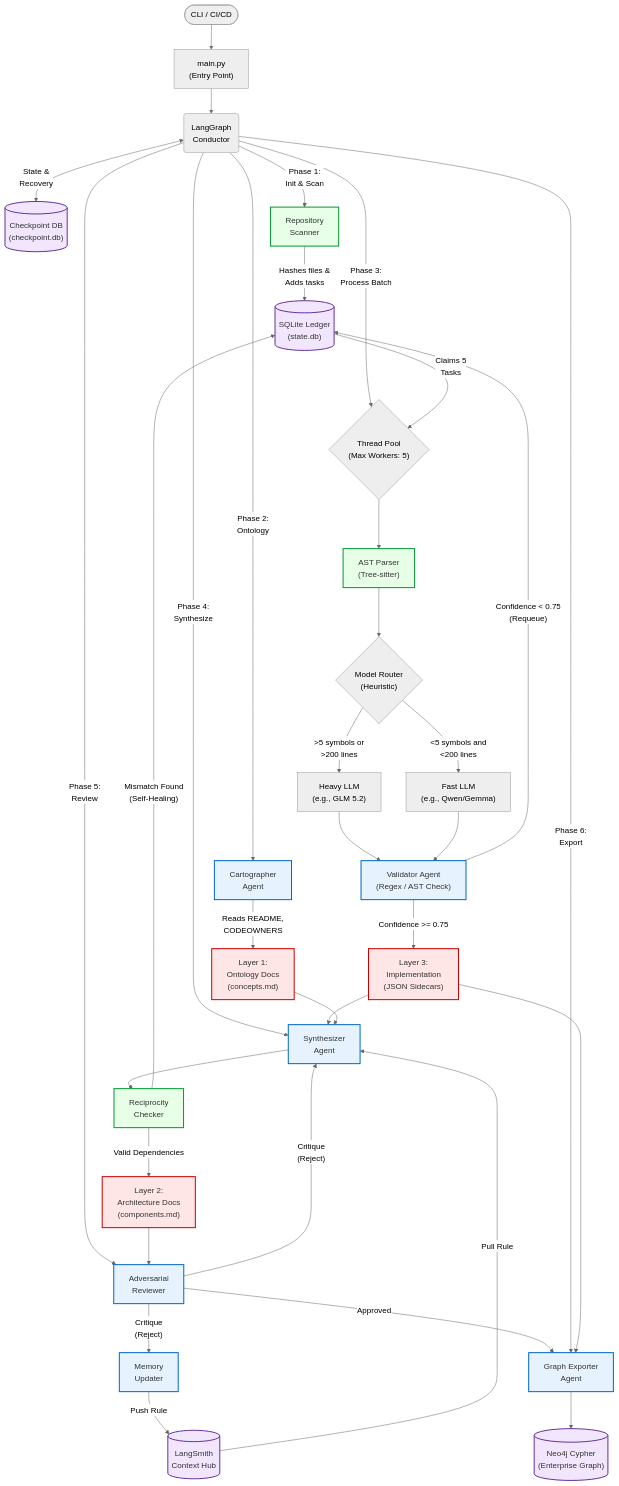
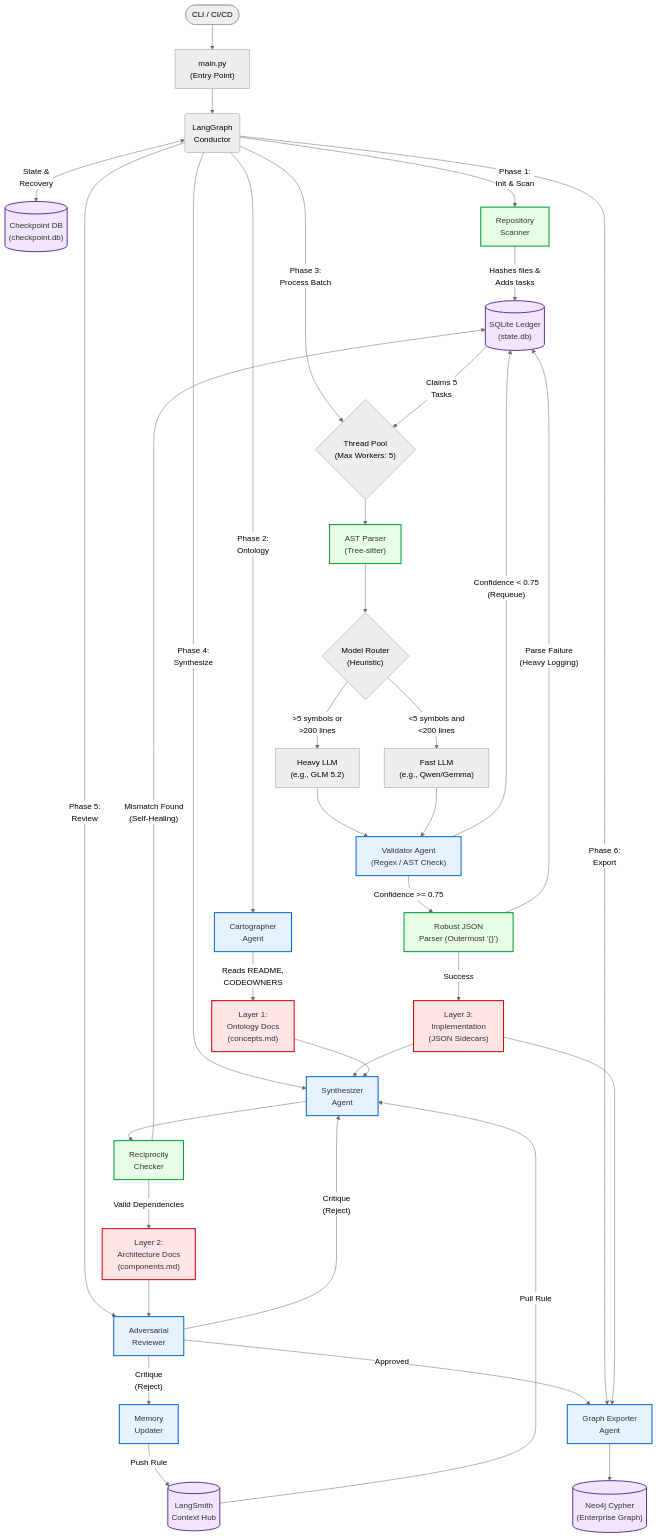
One commit to prashantr00082/droa changed the diagram in ARCHITECTURE_DIAGRAM.md. Above: the diagram before and after it, drawn with Mermaid (neutral theme). The commit also changed 1 other file, not shown here.

Commit message:
docs: Update architecture docs with robust parsing and adaptive logging

````diff
--- a/ARCHITECTURE_DIAGRAM.md
+++ b/ARCHITECTURE_DIAGRAM.md
@@ -5,65 +5,67 @@
 ```mermaid
 flowchart TD
     %% Styling
     classDef database fill:#f2e6ff,stroke:#663399,stroke-width:2px,color:#333;
     classDef agent fill:#e6f3ff,stroke:#0066cc,stroke-width:2px,color:#333;
     classDef process fill:#e6ffe6,stroke:#009933,stroke-width:2px,color:#333;
     classDef output fill:#ffe6e6,stroke:#cc0000,stroke-width:2px,color:#333;
 
     %% Entry point
     Start(["CLI / CI/CD"]) --> Main["main.py<br/>(Entry Point)"]
     Main --> Conductor("LangGraph<br/>Conductor")
     
     %% Databases
     StateDB[("SQLite Ledger<br/>(state.db)")]:::database
     CheckpointDB[("Checkpoint DB<br/>(checkpoint.db)")]:::database
     
     Conductor <-->|"State &<br/>Recovery"| CheckpointDB
     Conductor -->|"Phase 1:<br/>Init & Scan"| Scanner["Repository<br/>Scanner"]:::process
     Scanner -->|"Hashes files &<br/>Adds tasks"| StateDB
     
     %% Phase 2
     Conductor -->|"Phase 2:<br/>Ontology"| Cartographer["Cartographer<br/>Agent"]:::agent
     Cartographer -->|"Reads README,<br/>CODEOWNERS"| OntOut["Layer 1:<br/>Ontology Docs<br/>(concepts.md)"]:::output
     
     %% Phase 3 & 4
     Conductor -->|"Phase 3:<br/>Process Batch"| ThreadPool{"Thread Pool<br/>(Max Workers: 5)"}
     StateDB -->|"Claims 5<br/>Tasks"| ThreadPool
     
     ThreadPool --> AstParser["AST Parser<br/>(Tree-sitter)"]:::process
     AstParser --> Router{"Model Router<br/>(Heuristic)"}
     
     Router -->|">5 symbols or<br/>>200 lines"| GLM["Heavy LLM<br/>(e.g., GLM 5.2)"]
     Router -->|"<5 symbols and<br/><200 lines"| Qwen["Fast LLM<br/>(e.g., Qwen/Gemma)"]
     
     GLM --> Validator["Validator Agent<br/>(Regex / AST Check)"]:::agent
     Qwen --> Validator
     
     Validator -->|"Confidence < 0.75<br/>(Requeue)"| StateDB
-    Validator -->|"Confidence >= 0.75"| ModOut["Layer 3:<br/>Implementation<br/>(JSON Sidecars)"]:::output
+    Validator -->|"Confidence >= 0.75"| JsonParser["Robust JSON<br/>Parser (Outermost '{}')"]:::process
+    JsonParser -->|"Parse Failure<br/>(Heavy Logging)"| StateDB
+    JsonParser -->|"Success"| ModOut["Layer 3:<br/>Implementation<br/>(JSON Sidecars)"]:::output
     
     %% Phase 5 & 6
     Conductor -->|"Phase 4:<br/>Synthesize"| Synthesizer["Synthesizer<br/>Agent"]:::agent
     ModOut --> Synthesizer
     OntOut --> Synthesizer
     
     Synthesizer --> Reciprocity["Reciprocity<br/>Checker"]:::process
     Reciprocity -->|"Mismatch Found<br/>(Self-Healing)"| StateDB
     
     Reciprocity -->|"Valid Dependencies"| ArchOut["Layer 2:<br/>Architecture Docs<br/>(components.md)"]:::output
     
     %% Phase 6: Adversarial Review & Continual Learning
     Conductor -->|"Phase 5:<br/>Review"| Reviewer["Adversarial<br/>Reviewer"]:::agent
     ArchOut --> Reviewer
     Reviewer -->|"Critique<br/>(Reject)"| Synthesizer
     Reviewer -->|"Critique<br/>(Reject)"| MemoryUpdater["Memory<br/>Updater"]:::agent
     MemoryUpdater -->|"Push Rule"| LangSmith[("LangSmith<br/>Context Hub")]:::database
     LangSmith -->|"Pull Rule"| Synthesizer
     Reviewer -->|"Approved"| GraphExporter["Graph Exporter<br/>Agent"]:::agent
     
     %% Phase 7: Graph Export
     Conductor -->|"Phase 6:<br/>Export"| GraphExporter
     ModOut --> GraphExporter
     
     GraphExporter --> Neo4j[("Neo4j Cypher<br/>(Enterprise Graph)")]:::database
 ```
````
